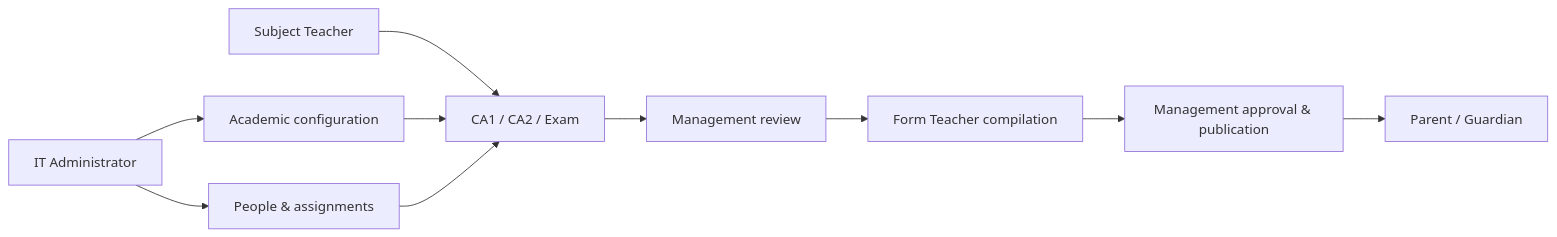
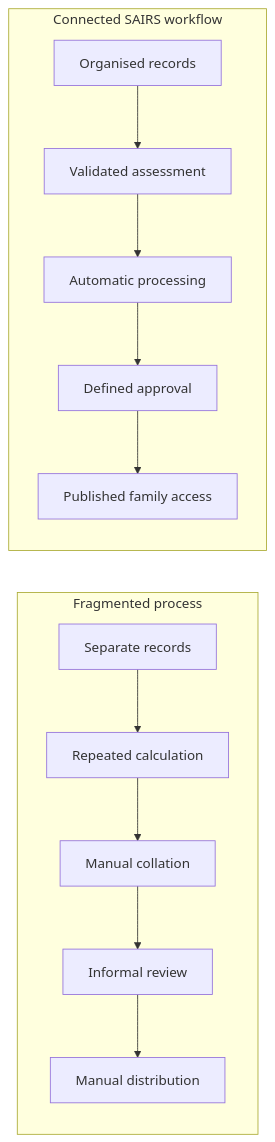
Before and after one commit to Ogbunugafor-Philip/Student-Academic-Intelligence-Reporting-System-SAIRS-: the first of 2 diagrams in README.md, drawn with Mermaid. The commit also changed other lines of this file and 2 other files, not shown here.

Commit message:
docs: reposition SAIRS as business analysis and digital transformation case study

````diff
--- a/README.md
+++ b/README.md
@@ -78,12 +73,15 @@
 ```mermaid
 flowchart LR
-  A[IT Administrator] --> C[Academic configuration]
-  A --> O[People & assignments]
-  ST[Subject Teacher] --> E[CA1 / CA2 / Exam]
-  E --> M[Management review]
-  M --> FT[Form Teacher compilation]
-  FT --> M2[Management approval & publication]
-  M2 --> P[Parent / Guardian]
-  C --> E
-  O --> E
+  subgraph Before[Fragmented process]
+    B1[Separate records] --> B2[Repeated calculation]
+    B2 --> B3[Manual collation]
+    B3 --> B4[Informal review]
+    B4 --> B5[Manual distribution]
+  end
+  subgraph After[Connected SAIRS workflow]
+    A1[Organised records] --> A2[Validated assessment]
+    A2 --> A3[Automatic processing]
+    A3 --> A4[Defined approval]
+    A4 --> A5[Published family access]
+  end
 ```
````
